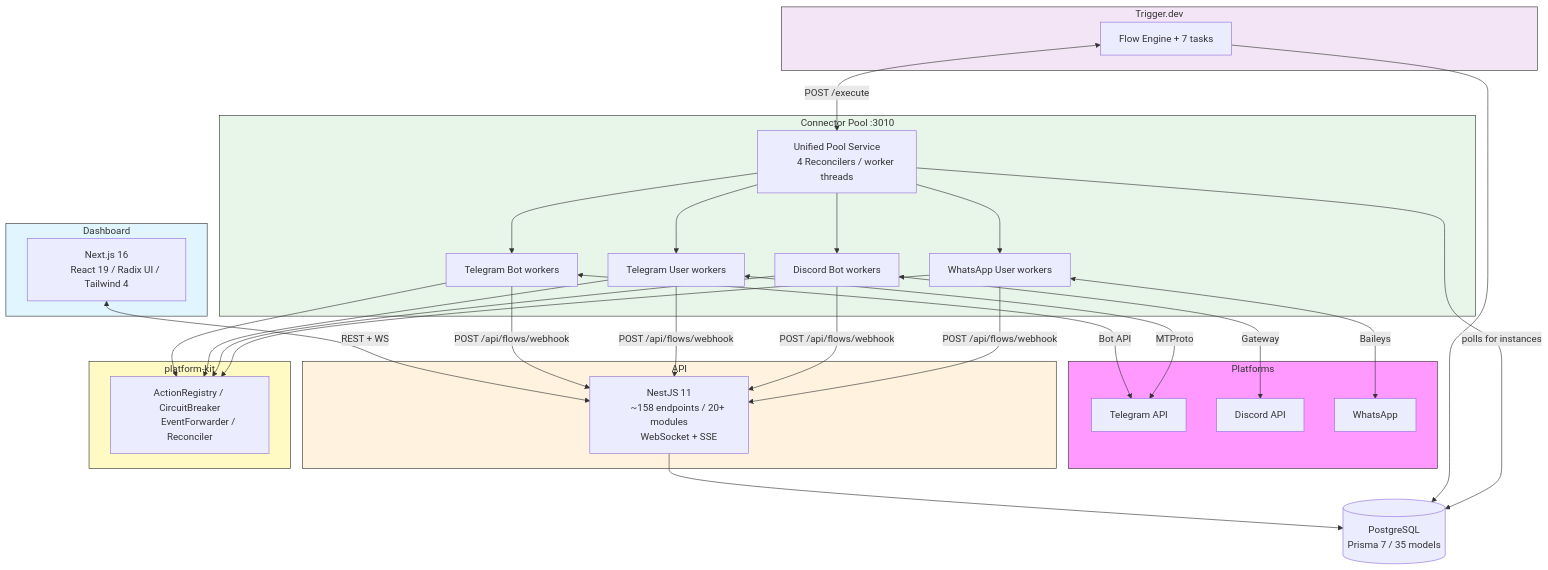
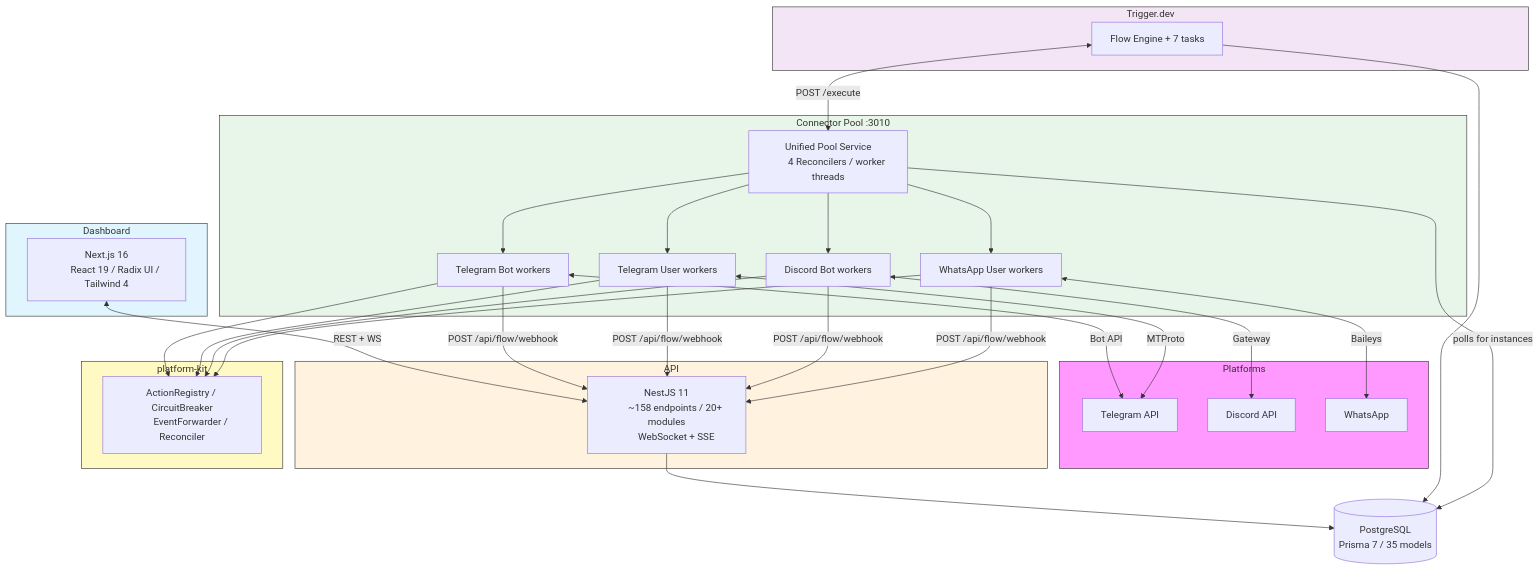
One commit to kolezka/flowbot changed the first of 9 diagrams in README.md. Above: the diagram before and after it, drawn with Mermaid. The commit also changed other lines of this file and 64 other files, not shown here.

First line of the commit message:
feat: add generic flow webhook endpoint, favicon, and cleanup

````diff
--- a/README.md
+++ b/README.md
@@ -31,62 +31,62 @@
 ```mermaid
 graph TB
     subgraph Platforms["Platforms"]
         TG["Telegram API"]
         DC["Discord API"]
         WA["WhatsApp"]
     end
 
     subgraph Dashboard["Dashboard"]
         FE["Next.js 16
         React 19 / Radix UI / Tailwind 4"]
     end
 
     subgraph API["API"]
         NEST["NestJS 11
         ~158 endpoints / 20+ modules
         WebSocket + SSE"]
     end
 
     subgraph Pool["Connector Pool :3010"]
         CP["Unified Pool Service
         4 Reconcilers / worker threads"]
         TBW["Telegram Bot workers"]
         TUW["Telegram User workers"]
         DCW["Discord Bot workers"]
         WAW["WhatsApp User workers"]
         CP --> TBW & TUW & DCW & WAW
     end
 
     subgraph Shared["platform-kit"]
         PK["ActionRegistry / CircuitBreaker
         EventForwarder / Reconciler"]
     end
 
     subgraph Jobs["Trigger.dev"]
         TR["Flow Engine + 7 tasks"]
     end
 
     DB[("PostgreSQL
     Prisma 7 / 35 models")]
 
     FE <-->|"REST + WS"| NEST
     NEST --> DB
     TR --> DB
     CP -->|"polls for instances"| DB
 
     TBW & TUW & DCW & WAW --> PK
     TBW <-->|"Bot API"| TG
     TUW <-->|"MTProto"| TG
     DCW <-->|"Gateway"| DC
     WAW <-->|"Baileys"| WA
 
     TR <-->|"POST /execute"| CP
-    TBW & TUW & DCW & WAW -->|"POST /api/flows/webhook"| NEST
+    TBW & TUW & DCW & WAW -->|"POST /api/flow/webhook"| NEST
 
     style Platforms fill:#f9f,stroke:#333
     style Dashboard fill:#e1f5fe,stroke:#333
     style API fill:#fff3e0,stroke:#333
     style Pool fill:#e8f5e9,stroke:#333
     style Shared fill:#fff9c4,stroke:#333
     style Jobs fill:#f3e5f5,stroke:#333
 ```
````
